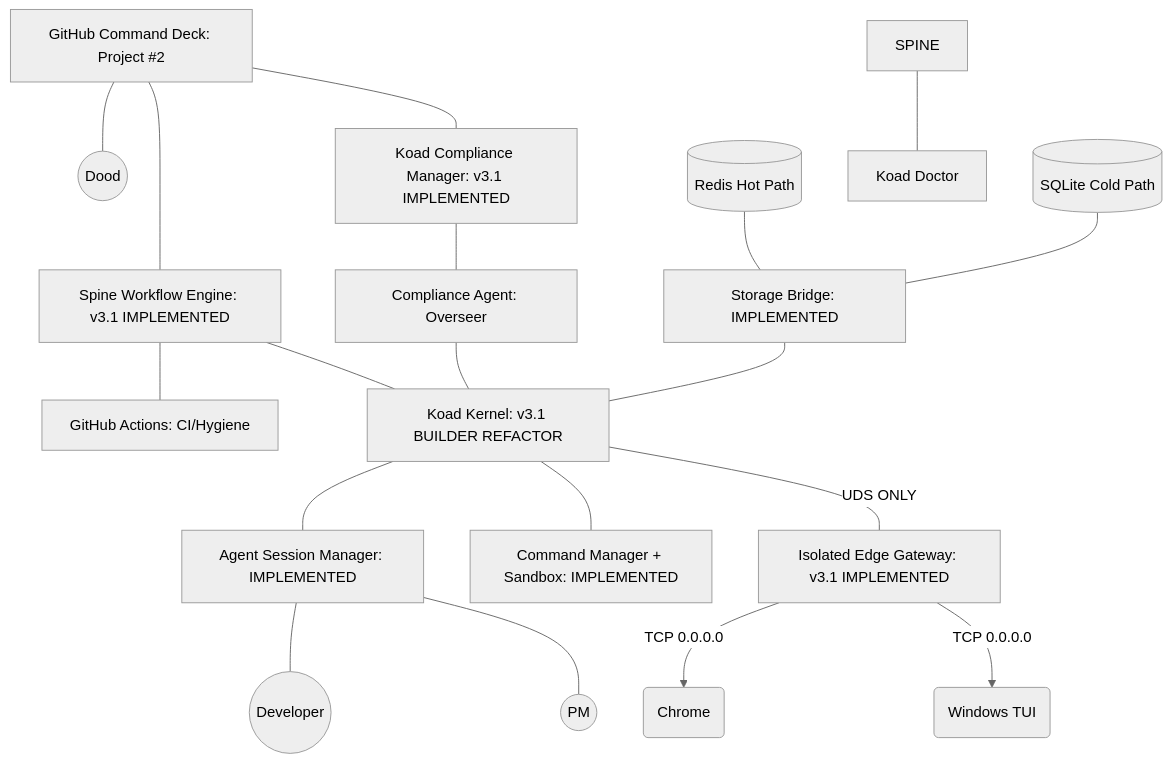
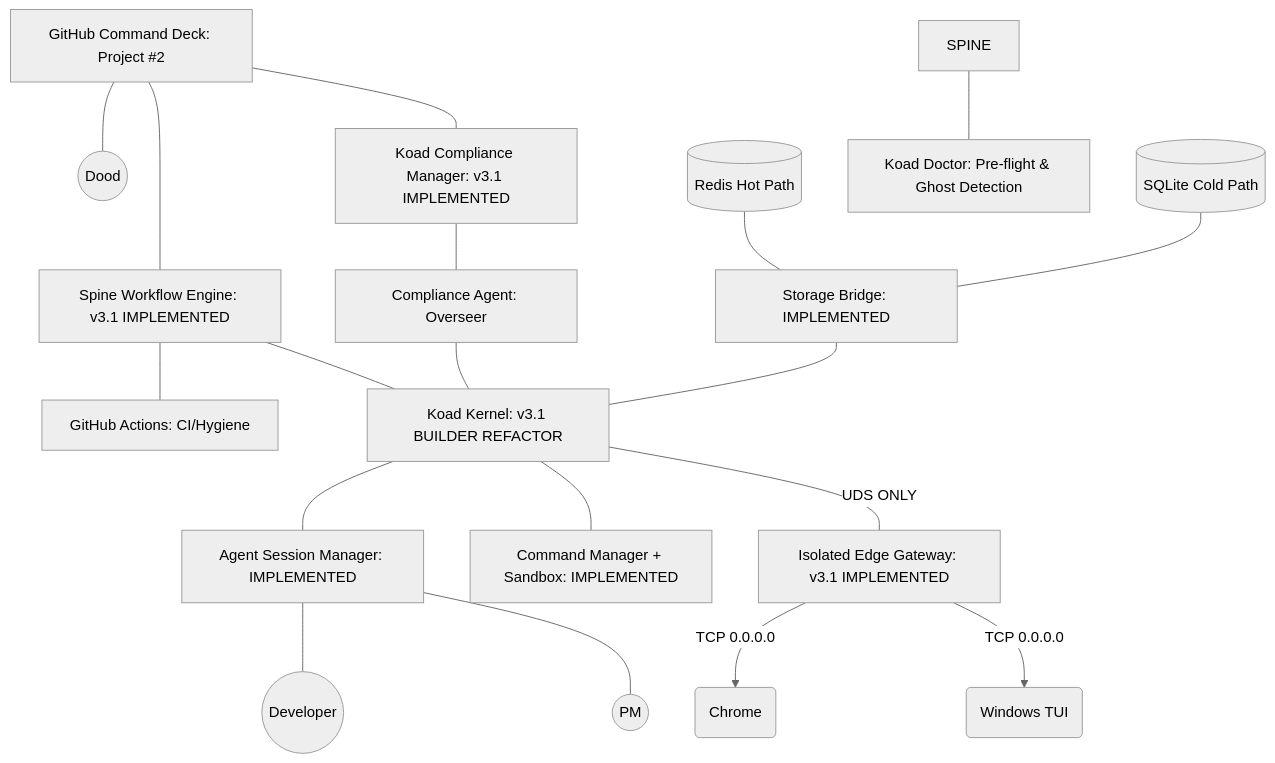
One commit to Fryymann/koad-os changed the diagram in ARCHITECTURE.md. Above: the diagram before and after it, drawn with Mermaid (neutral theme). The commit also changed 1 other file, not shown here.

Commit message:
docs: perform condition green review and update architecture charts

````diff
--- a/ARCHITECTURE.md
+++ b/ARCHITECTURE.md
@@ -10,35 +10,35 @@
 ```mermaid
 graph TD
     %% Oversight & Governance
     DECK[GitHub Command Deck: Project #2] --- ADMIN((Dood))
     DECK --- KCM[Koad Compliance Manager: v3.1 IMPLEMENTED]
     KCM --- OV[Compliance Agent: Overseer]
     
     %% Workflow Orchestration
     DECK --- WF[Spine Workflow Engine: v3.1 IMPLEMENTED]
     WF --- ACTIONS[GitHub Actions: CI/Hygiene]
     WF --- KERNEL[Koad Kernel: v3.1 BUILDER REFACTOR]
 
     OV --- KERNEL
 
     %% Core Memory (Hydrated & Durable)
     Redis[(Redis Hot Path)] --- SB[Storage Bridge: IMPLEMENTED]
     SQLite[(SQLite Cold Path)] --- SB
     SB --- KERNEL[Koad Kernel: v3.1 BUILDER REFACTOR]
 
     %% Agent Layer (Process Managed)
     KERNEL --- ASM[Agent Session Manager: IMPLEMENTED]
     ASM --- DEV((Developer))
     ASM --- PM((PM))
     
     %% Execution Layer (Fused & Secure)
     KERNEL --- CM[Command Manager + Sandbox: IMPLEMENTED]
     
     %% Isolated I/O (The Air Gap)
     KERNEL ---|UDS ONLY| EDGE[Isolated Edge Gateway: v3.1 IMPLEMENTED]
     EDGE -->|TCP 0.0.0.0| Web(Chrome)
     EDGE -->|TCP 0.0.0.0| TUI(Windows TUI)
     
     %% Diagnostics
-    SPINE --- DOC[Koad Doctor]
+    SPINE --- DOC[Koad Doctor: Pre-flight & Ghost Detection]
 ```
````
